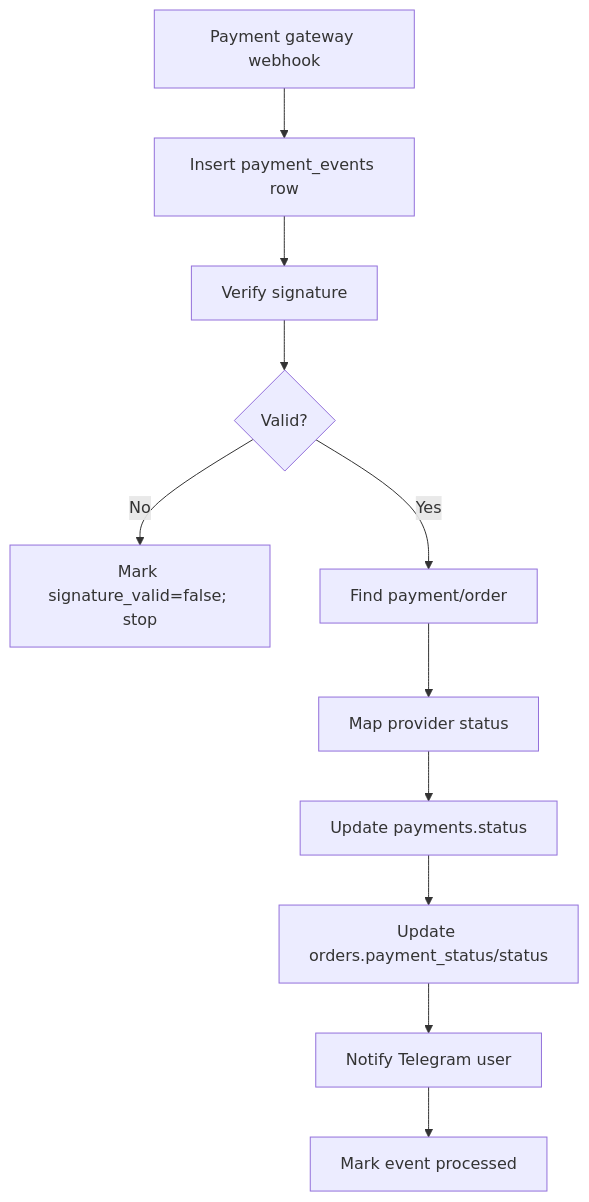
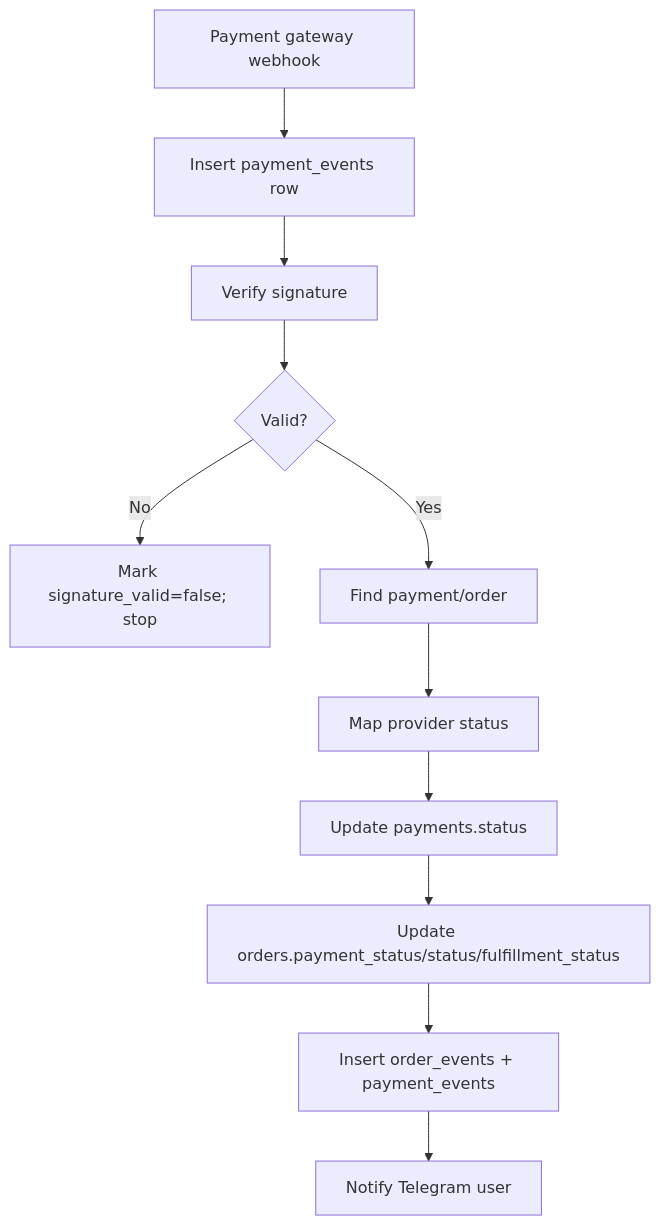
One commit to mridhoda/selaluteh-chatbot-crm changed the fifth of 5 diagrams in docs/backend/06-data/data-flow.md. Above: the diagram before and after it, drawn with Mermaid. The commit also changed other lines of this file and 294 other files, not shown here.

````diff
--- a/docs/backend/06-data/data-flow.md
+++ b/docs/backend/06-data/data-flow.md
@@ -305,13 +303,13 @@
 ```mermaid
 flowchart TD
   A[Payment gateway webhook] --> B[Insert payment_events row]
   B --> C[Verify signature]
   C --> D{Valid?}
   D -->|No| E[Mark signature_valid=false; stop]
   D -->|Yes| F[Find payment/order]
   F --> G[Map provider status]
   G --> H[Update payments.status]
-  H --> I[Update orders.payment_status/status]
-  I --> J[Notify Telegram user]
-  J --> K[Mark event processed]
+  H --> I[Update orders.payment_status/status/fulfillment_status]
+  I --> J[Insert order_events + payment_events]
+  J --> K[Notify Telegram user]
 ```
````
